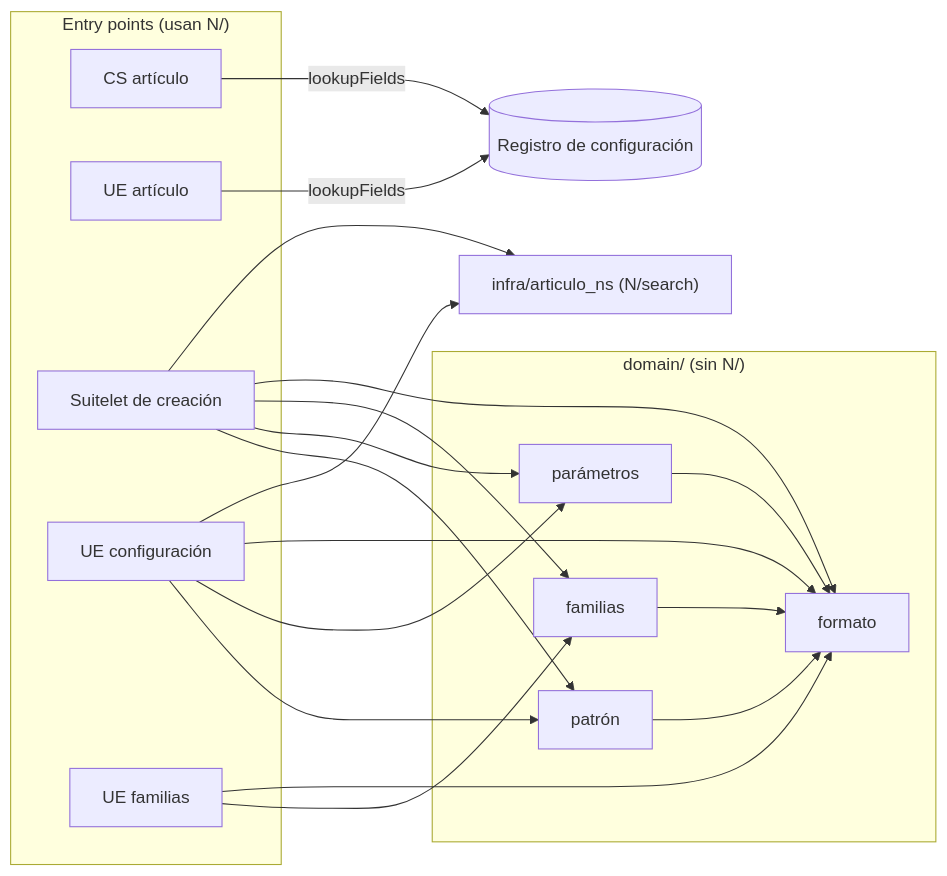
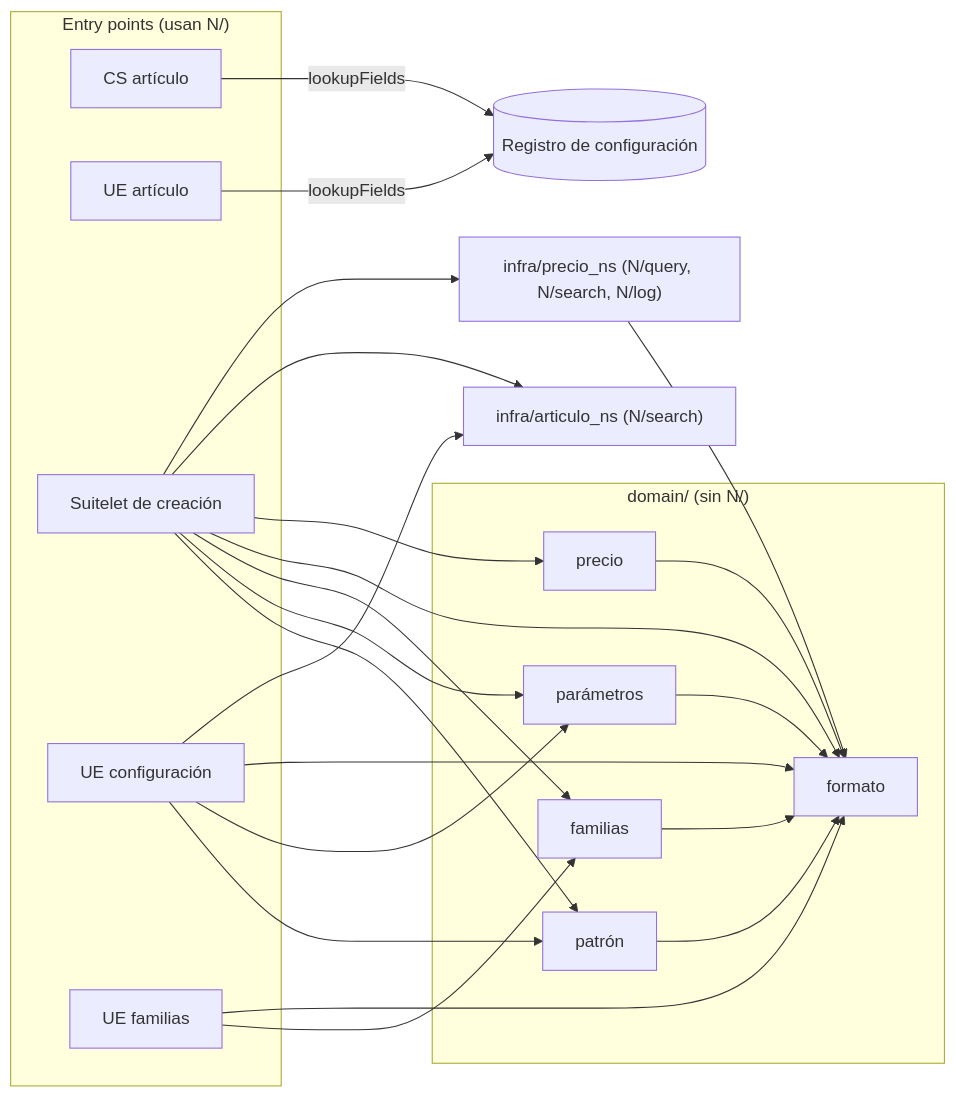
The second of 2 diagrams in README.md (saulkgames/Naturaleza-de-Productos), drawn with Mermaid before and after one commit. The commit also changed other lines of this file and 11 other files, not shown here.

````diff
--- a/README.md
+++ b/README.md
@@ -102,24 +104,28 @@
 ```mermaid
 flowchart LR
   subgraph EP["Entry points (usan N/)"]
     CS["CS artículo"]
     UEA["UE artículo"]
     SL["Suitelet de creación"]
     UEC["UE configuración"]
     UEF["UE familias"]
   end
   subgraph DOM["domain/ (sin N/)"]
     PAT["patrón"]
     PAR["parámetros"]
     FAM["familias"]
     FMT["formato"]
+    PRE["precio"]
   end
   ART["infra/articulo_ns (N/search)"]
-  SL --> PAT & PAR & FAM & FMT & ART
+  PNS["infra/precio_ns (N/query, N/search, N/log)"]
+  SL --> PAT & PAR & FAM & FMT & PRE & ART & PNS
   UEC --> PAT & PAR & FMT & ART
   UEF --> FAM & FMT
   PAT --> FMT
   PAR --> FMT
   FAM --> FMT
+  PRE --> FMT
+  PNS --> FMT
   CS & UEA -->|lookupFields| CR[("Registro de configuración")]
 ```
````
